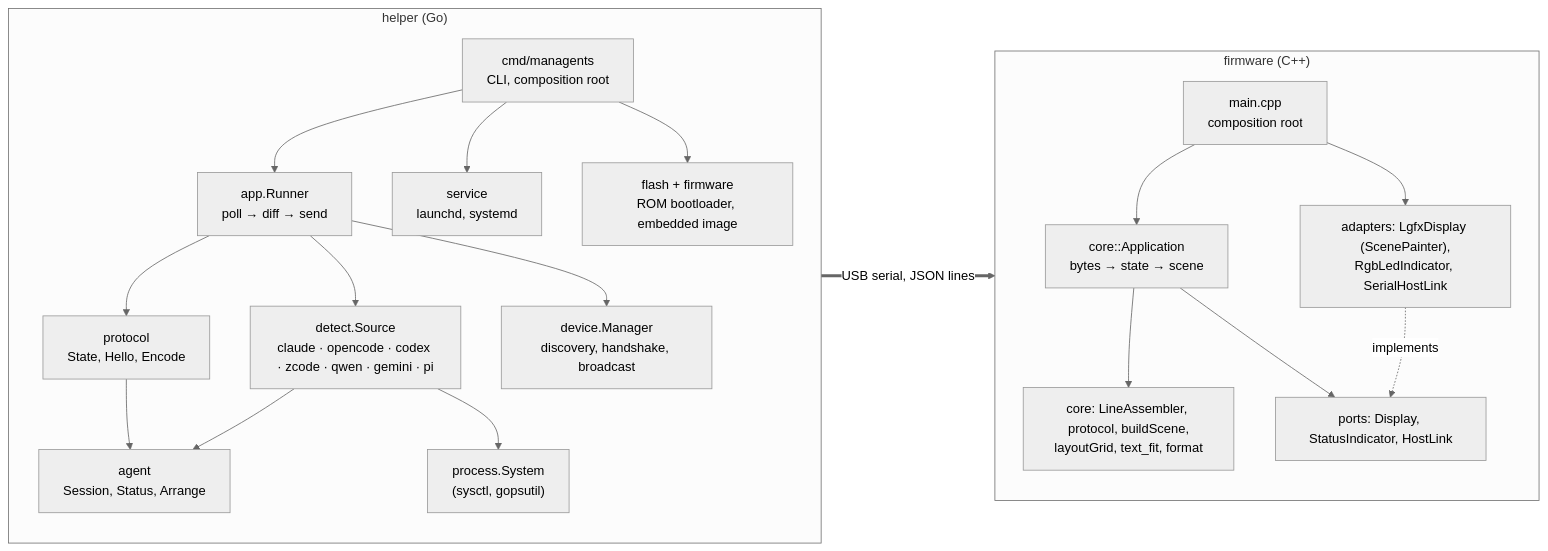
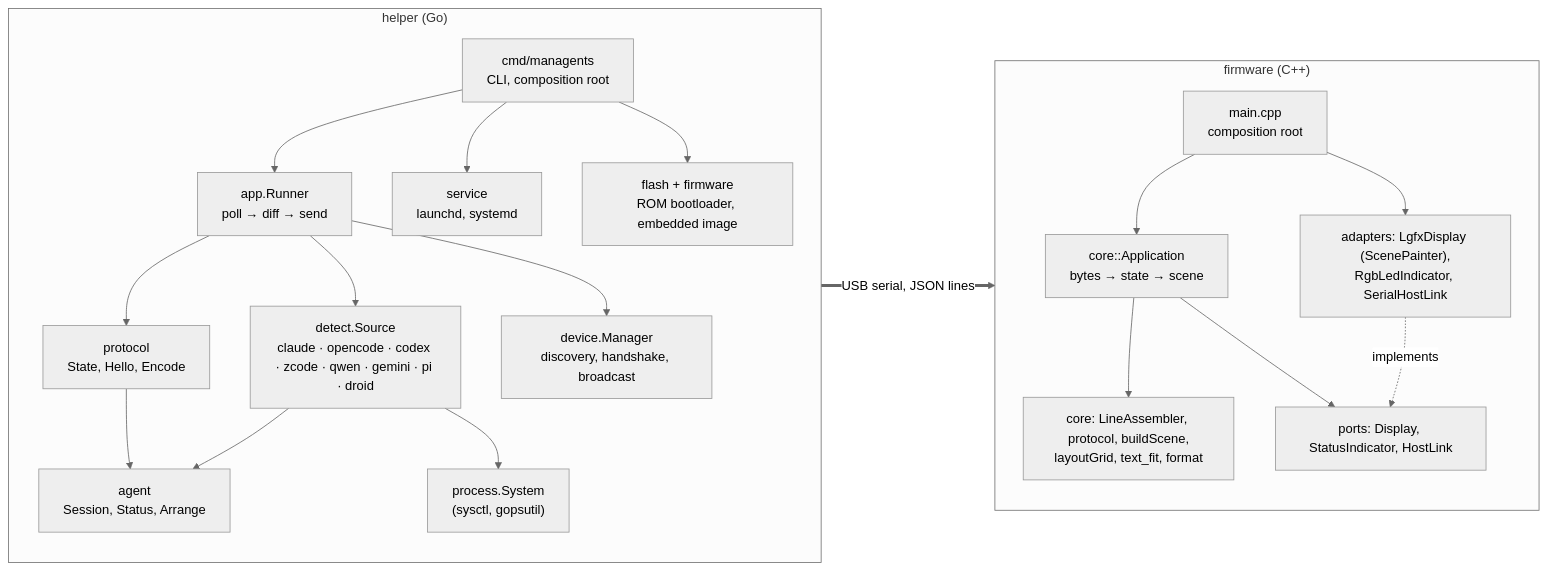
The first of 2 diagrams in docs/architecture.md (tonylook/managents), drawn with Mermaid (neutral theme) before and after one commit. The commit also changed other lines of this file and 10 other files, not shown here.

````diff
--- a/docs/architecture.md
+++ b/docs/architecture.md
@@ -12,31 +12,31 @@
 ```mermaid
 flowchart LR
     subgraph helper["helper (Go)"]
         direction TB
         cmd["cmd/managents<br/>CLI, composition root"]
         appr["app.Runner<br/>poll → diff → send"]
-        detect["detect.Source<br/>claude · opencode · codex · zcode · qwen · gemini · pi"]
+        detect["detect.Source<br/>claude · opencode · codex · zcode · qwen · gemini · pi · droid"]
         agentd["agent<br/>Session, Status, Arrange"]
         proto["protocol<br/>State, Hello, Encode"]
         device["device.Manager<br/>discovery, handshake, broadcast"]
         procs["process.System<br/>(sysctl, gopsutil)"]
         svc["service<br/>launchd, systemd"]
         flash["flash + firmware<br/>ROM bootloader, embedded image"]
         cmd --> appr & svc & flash
         appr --> detect & proto & device
         detect --> agentd & procs
         proto --> agentd
     end
     subgraph firmware["firmware (C++)"]
         direction TB
         main["main.cpp<br/>composition root"]
         appc["core::Application<br/>bytes → state → scene"]
         corep["core: LineAssembler, protocol, buildScene,<br/>layoutGrid, text_fit, format"]
         ports["ports: Display, StatusIndicator, HostLink"]
         adapters["adapters: LgfxDisplay (ScenePainter),<br/>RgbLedIndicator, SerialHostLink"]
         main --> appc & adapters
         appc --> corep & ports
         adapters -. implements .-> ports
     end
     device == "USB serial, JSON lines" ==> main
 ```
````
